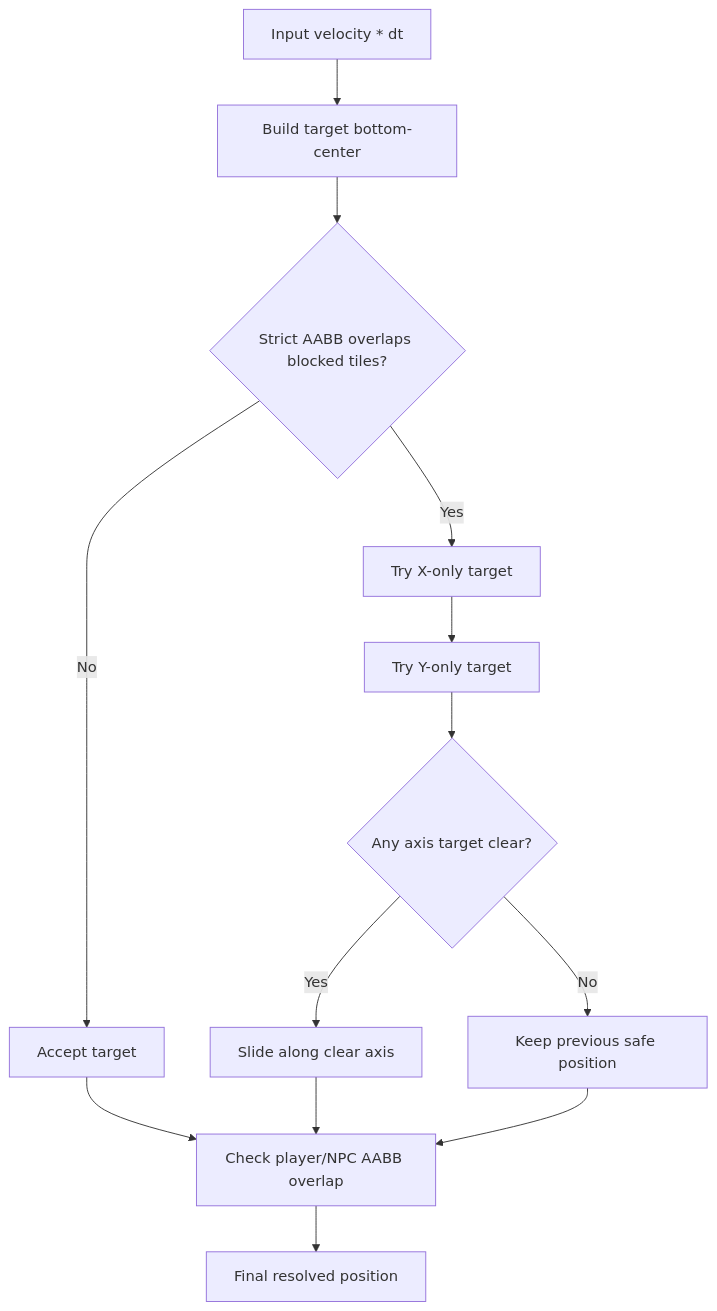
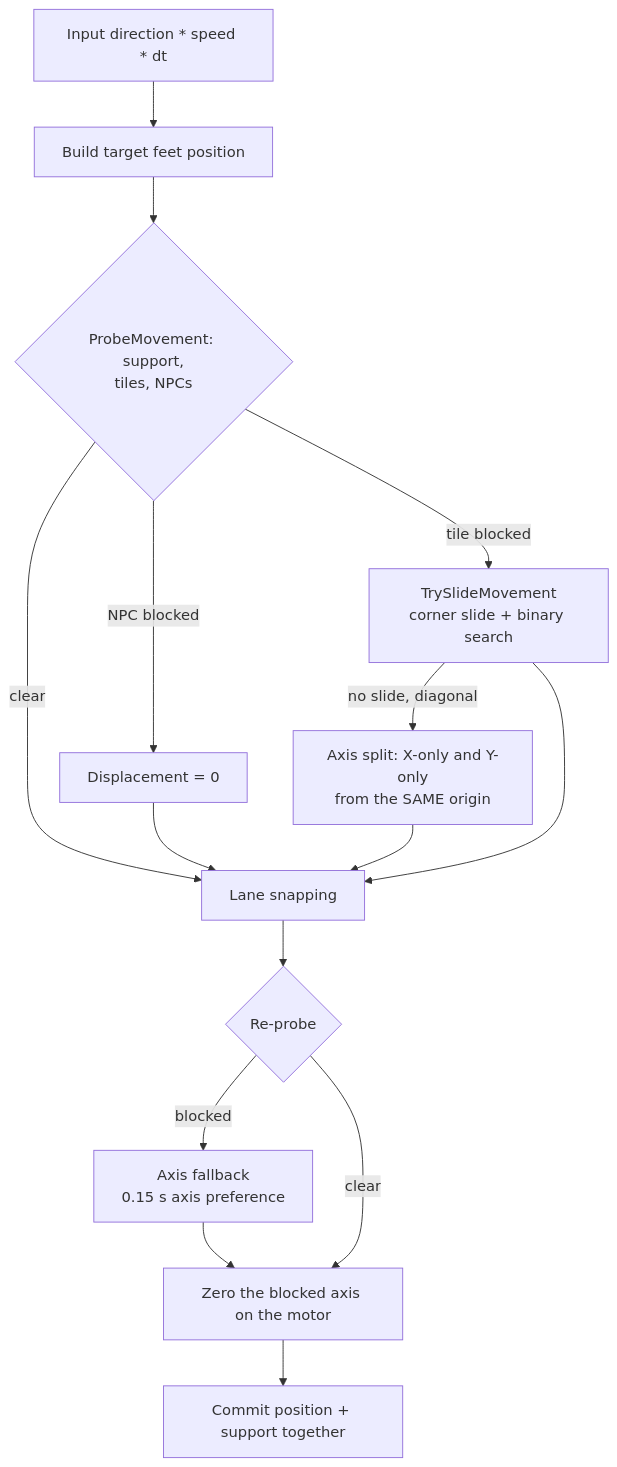
The second of 4 diagrams in docs/COLLISION.md (baaz777/rift), drawn with Mermaid before and after one commit. The commit also changed other lines of this file, not shown here.

Commit message:
📝 Rewrite COLLISION for the support graph

```diff
--- a/docs/COLLISION.md
+++ b/docs/COLLISION.md
@@ -97,15 +131,17 @@
 <pre class="mermaid">
 flowchart TD
-    A["Input velocity * dt"] --> B["Build target bottom-center"]
-    B --> C{"Strict AABB overlaps blocked tiles?"}
-    C -->|No| G["Accept target"]
-    C -->|Yes| D["Try X-only target"]
-    D --> E["Try Y-only target"]
-    E --> F{"Any axis target clear?"}
-    F -->|Yes| H["Slide along clear axis"]
-    F -->|No| I["Keep previous safe position"]
-    G --> J["Check player/NPC AABB overlap"]
-    H --> J
-    I --> J
-    J --> K["Final resolved position"]
+    A["Input direction * speed * dt"] --> B["Build target feet position"]
+    B --> C{"ProbeMovement: support,<br/>tiles, NPCs"}
+    C -->|clear| L["Lane snapping"]
+    C -->|NPC blocked| Z["Displacement = 0"]
+    C -->|tile blocked| D["TrySlideMovement<br/>corner slide + binary search"]
+    D -->|no slide, diagonal| E["Axis split: X-only and Y-only<br/>from the SAME origin"]
+    D --> L
+    Z --> L
+    E --> L
+    L --> M{"Re-probe"}
+    M -->|blocked| N["Axis fallback<br/>0.15 s axis preference"]
+    M -->|clear| O["Zero the blocked axis on the motor"]
+    N --> O
+    O --> P["Commit position + support together"]
 </pre>
```
